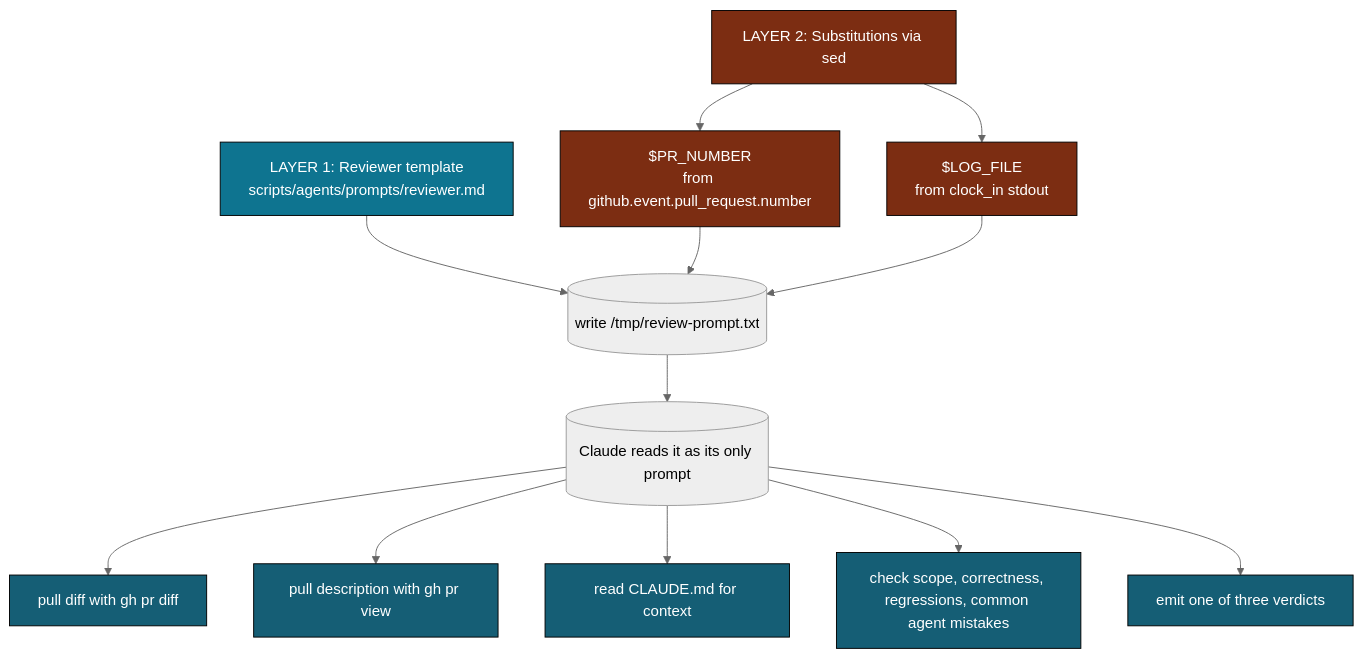
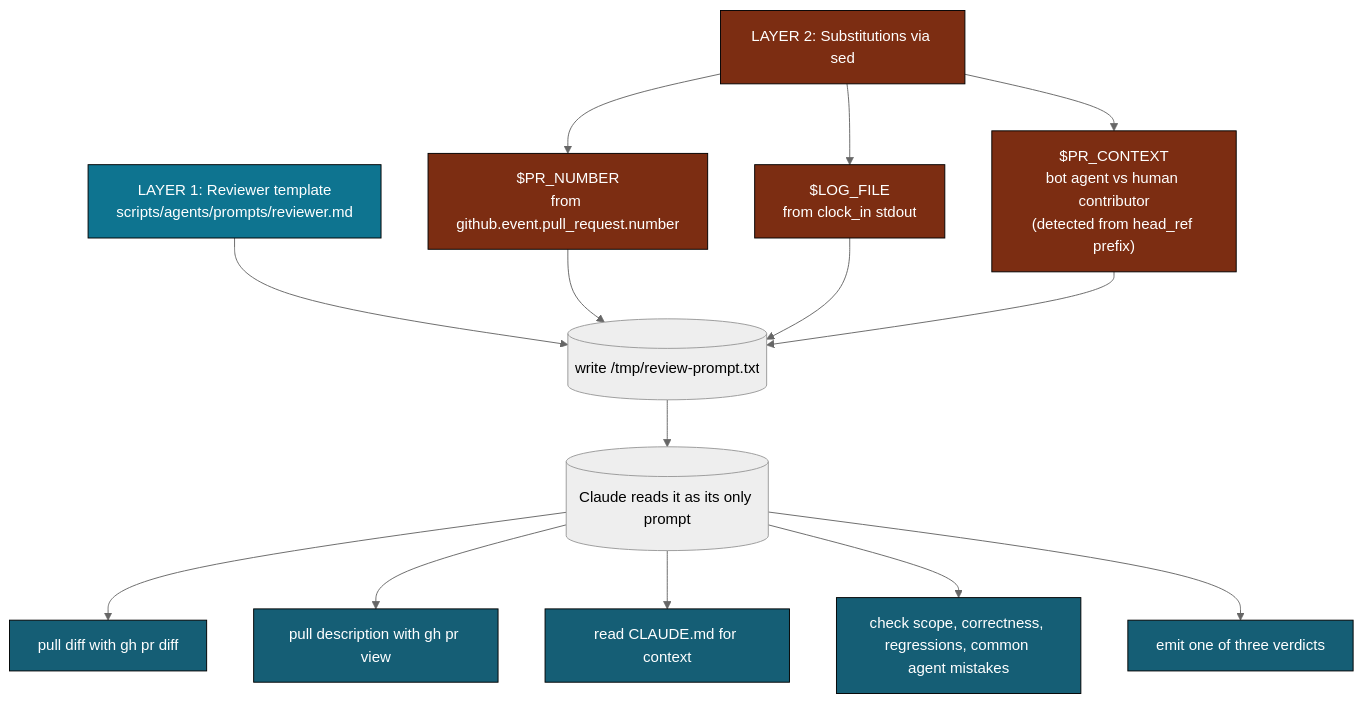
One commit to gregreindel/llm-exe changed the fifth of 12 diagrams in .github/docs/AGENT_REVIEW_PR_DEEP_DIVE.md. Above: the diagram before and after it, drawn with Mermaid (neutral theme). The commit also changed other lines of this file and 2 other files, not shown here.

First line of the commit message:
docs: sync AGENT_REVIEW_PR_DEEP_DIVE and WORKFLOW_ARCHITECTURE after agent-review-pr.yml restructure

````diff
--- a/.github/docs/AGENT_REVIEW_PR_DEEP_DIVE.md
+++ b/.github/docs/AGENT_REVIEW_PR_DEEP_DIVE.md
@@ -222,23 +266,26 @@
 ```mermaid
 flowchart TB
     classDef l1 fill:#0e7490,color:#fff,stroke:#000
     classDef l2 fill:#155e75,color:#fff,stroke:#000
     classDef sub fill:#7c2d12,color:#fff,stroke:#000
 
     A["LAYER 1: Reviewer template\nscripts/agents/prompts/reviewer.md"]:::l1
     B["LAYER 2: Substitutions via sed"]:::sub
     B1["$PR_NUMBER\nfrom github.event.pull_request.number"]:::sub
     B2["$LOG_FILE\nfrom clock_in stdout"]:::sub
+    B3["$PR_CONTEXT\nbot agent vs human contributor\n(detected from head_ref prefix)"]:::sub
 
     A --> X[("write /tmp/review-prompt.txt")]
     B1 --> X
     B2 --> X
+    B3 --> X
     B --> B1
     B --> B2
+    B --> B3
     X --> R[("Claude reads it as its only prompt")]
     R --> Q1["pull diff with gh pr diff"]:::l2
     R --> Q2["pull description with gh pr view"]:::l2
     R --> Q3["read CLAUDE.md for context"]:::l2
     R --> Q4["check scope, correctness, regressions, common agent mistakes"]:::l2
     R --> Q5["emit one of three verdicts"]:::l2
 ```
````
